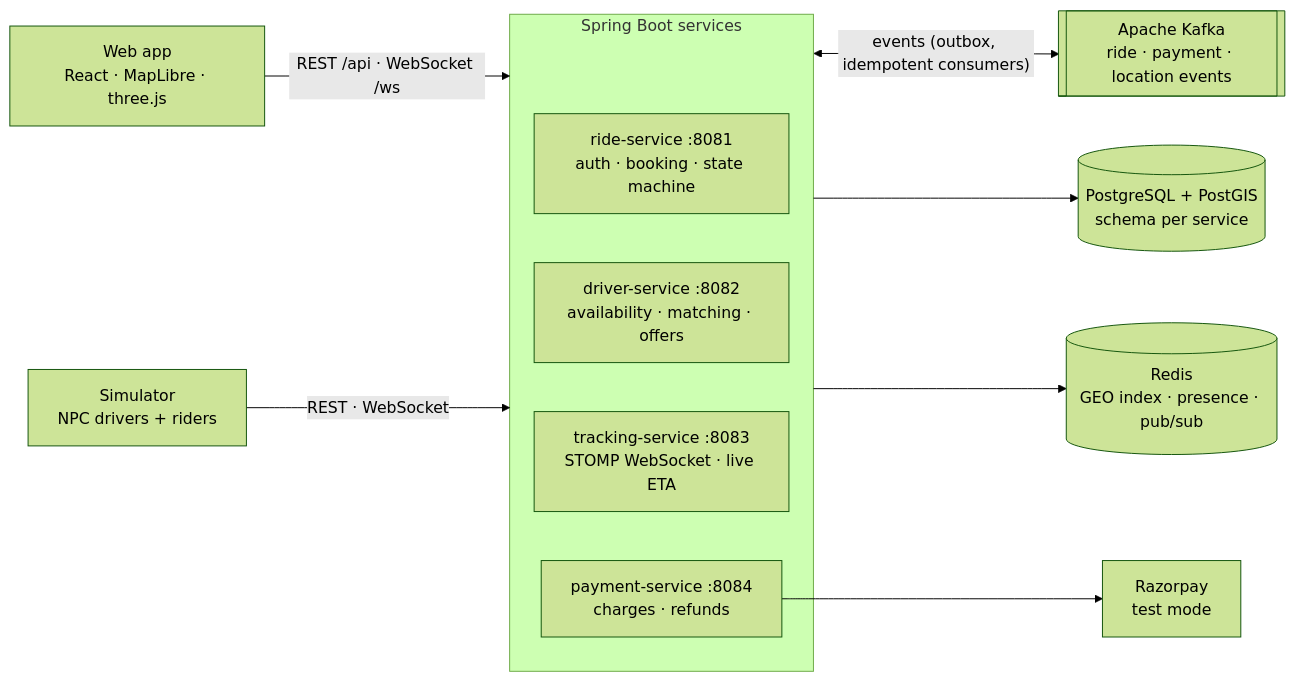
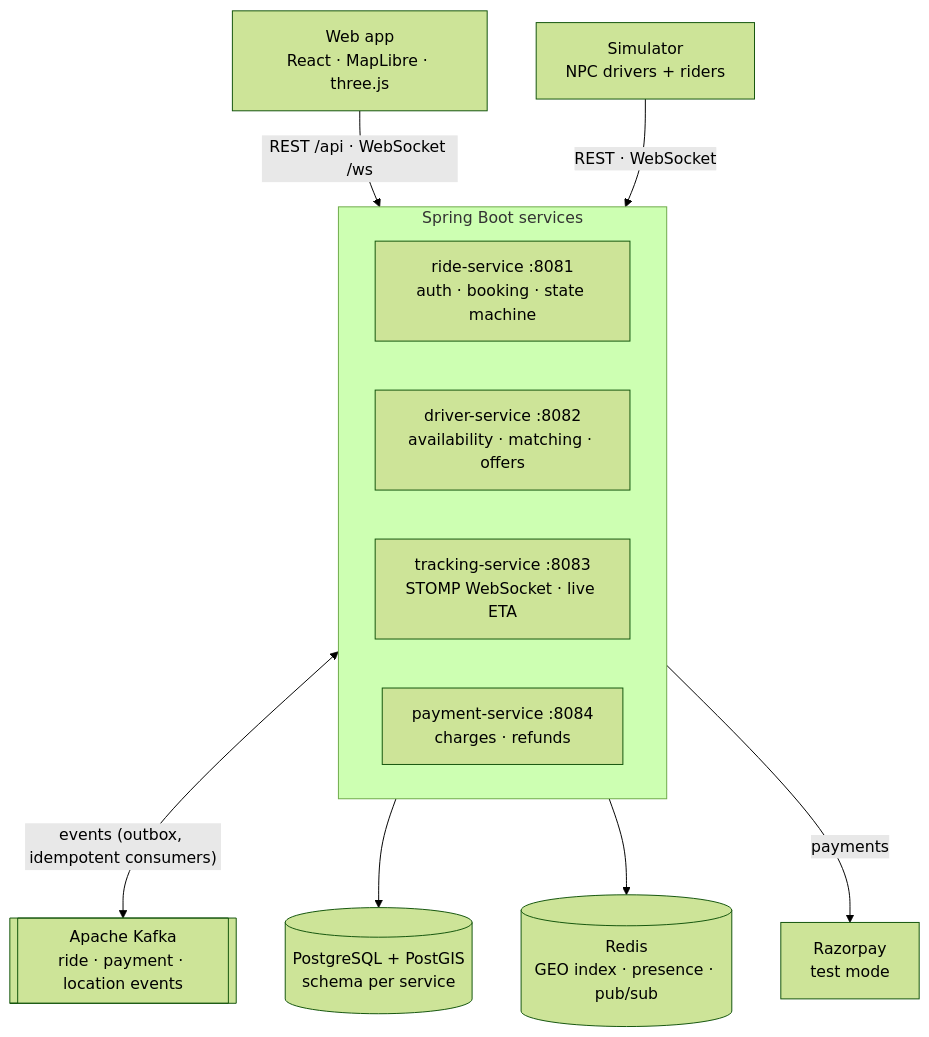
The diagram in README.md (Boovesh985/rydex), drawn with Mermaid (forest theme) before and after one commit.

Commit message:
docs: lay the architecture diagram out top to bottom

````diff
--- a/README.md
+++ b/README.md
@@ -69,24 +69,25 @@
 ```mermaid
-flowchart LR
+flowchart TB
     web["Web app<br/>React · MapLibre · three.js"]
     sim["Simulator<br/>NPC drivers + riders"]
 
     subgraph services["Spring Boot services"]
+        direction LR
         ride["ride-service :8081<br/>auth · booking · state machine"]
         driver["driver-service :8082<br/>availability · matching · offers"]
         tracking["tracking-service :8083<br/>STOMP WebSocket · live ETA"]
         payment["payment-service :8084<br/>charges · refunds"]
     end
 
     kafka[["Apache Kafka<br/>ride · payment · location events"]]
     pg[("PostgreSQL + PostGIS<br/>schema per service")]
     redis[("Redis<br/>GEO index · presence · pub/sub")]
     rzp["Razorpay<br/>test mode"]
 
     web -- "REST /api · WebSocket /ws" --> services
     sim -- "REST · WebSocket" --> services
     services <-- "events (outbox, idempotent consumers)" --> kafka
     services --> pg
     services --> redis
-    payment --> rzp
+    services -- "payments" --> rzp
 ```
````
